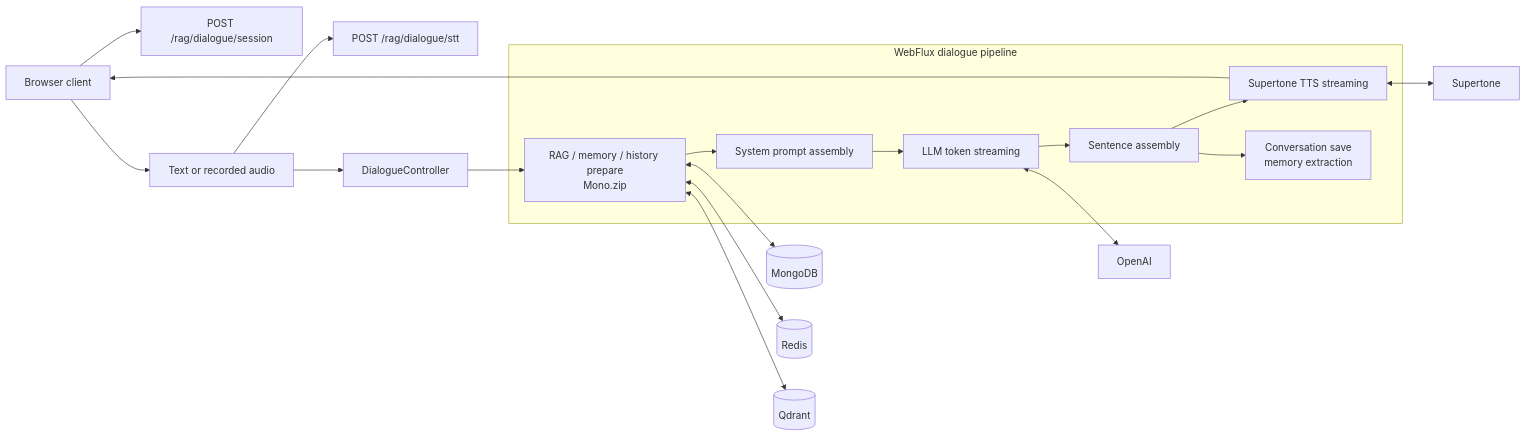
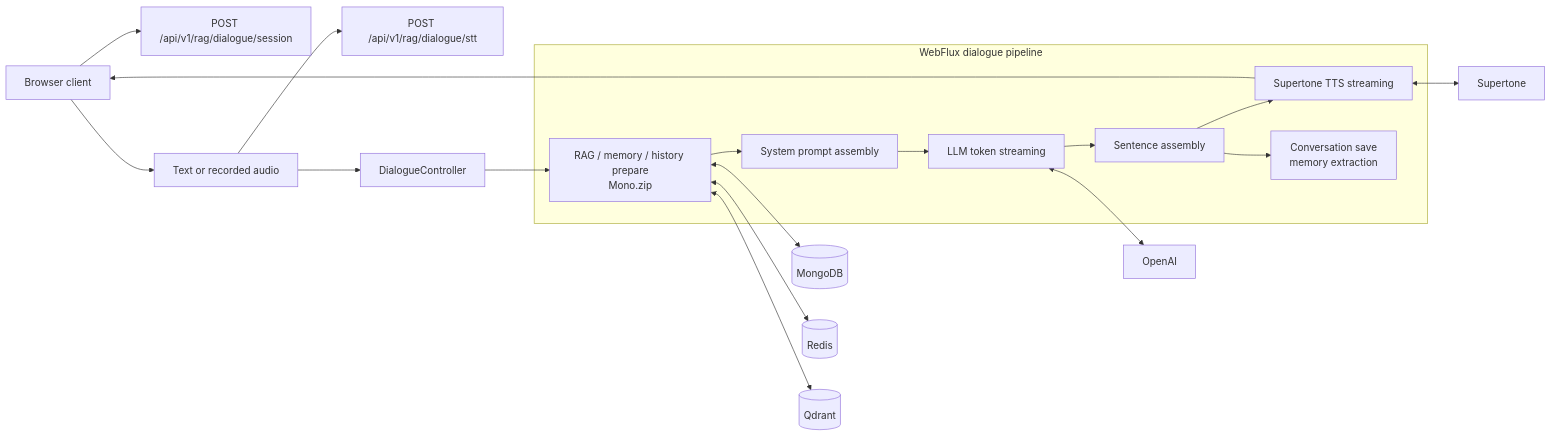
One commit to ImGdevel/MIYOU_ai-voice-chat changed the diagram in README.md. Above: the diagram before and after it, drawn with Mermaid. The commit also changed other lines of this file and 7 other files, not shown here.

````diff
--- a/README.md
+++ b/README.md
@@ -33,24 +33,24 @@
 ```mermaid
 flowchart LR
-    Client["Browser client"] --> Session["POST /rag/dialogue/session"]
+    Client["Browser client"] --> Session["POST /api/v1/rag/dialogue/session"]
     Client --> Input["Text or recorded audio"]
-    Input --> STT["POST /rag/dialogue/stt"]
+    Input --> STT["POST /api/v1/rag/dialogue/stt"]
     Input --> Dialogue["DialogueController"]
 
     subgraph Pipeline["WebFlux dialogue pipeline"]
         Prepare["RAG / memory / history prepare<br />Mono.zip"]
         Prompt["System prompt assembly"]
         LLM["LLM token streaming"]
         Sentence["Sentence assembly"]
         TTS["Supertone TTS streaming"]
         Persist["Conversation save<br />memory extraction"]
     end
 
     Dialogue --> Prepare --> Prompt --> LLM --> Sentence --> TTS --> Client
     Sentence --> Persist
     Prepare <--> MongoDB[("MongoDB")]
     Prepare <--> Redis[("Redis")]
     Prepare <--> Qdrant[("Qdrant")]
     LLM <--> OpenAI["OpenAI"]
     TTS <--> Supertone["Supertone"]
 ```
````
